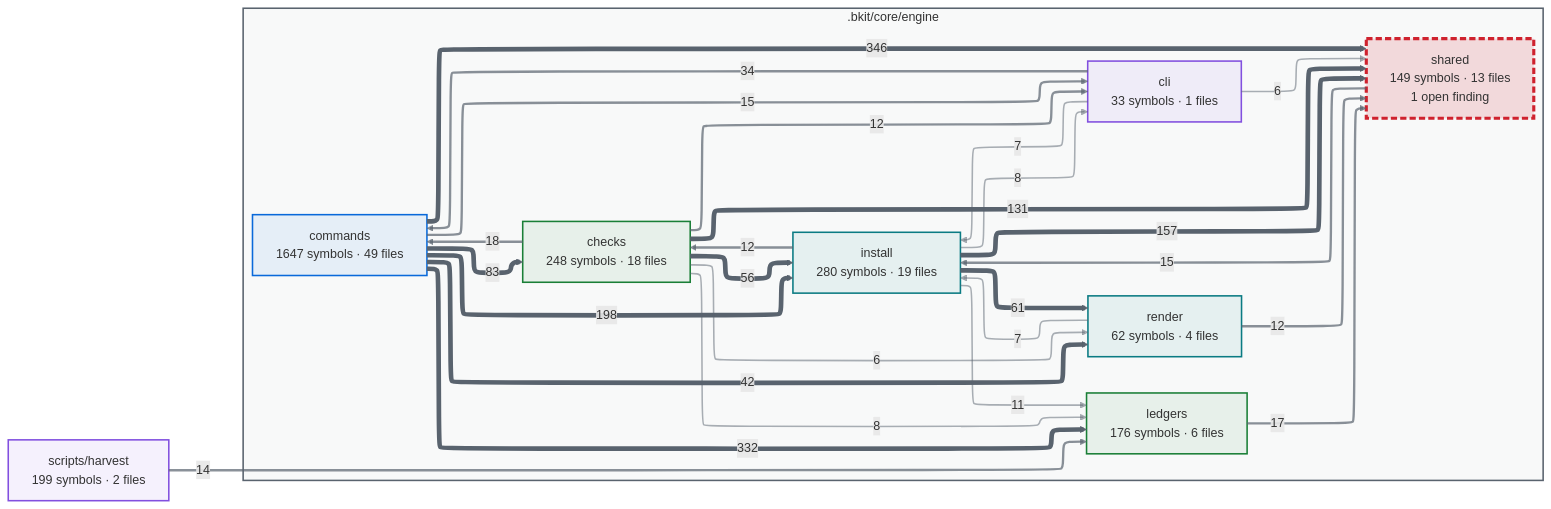
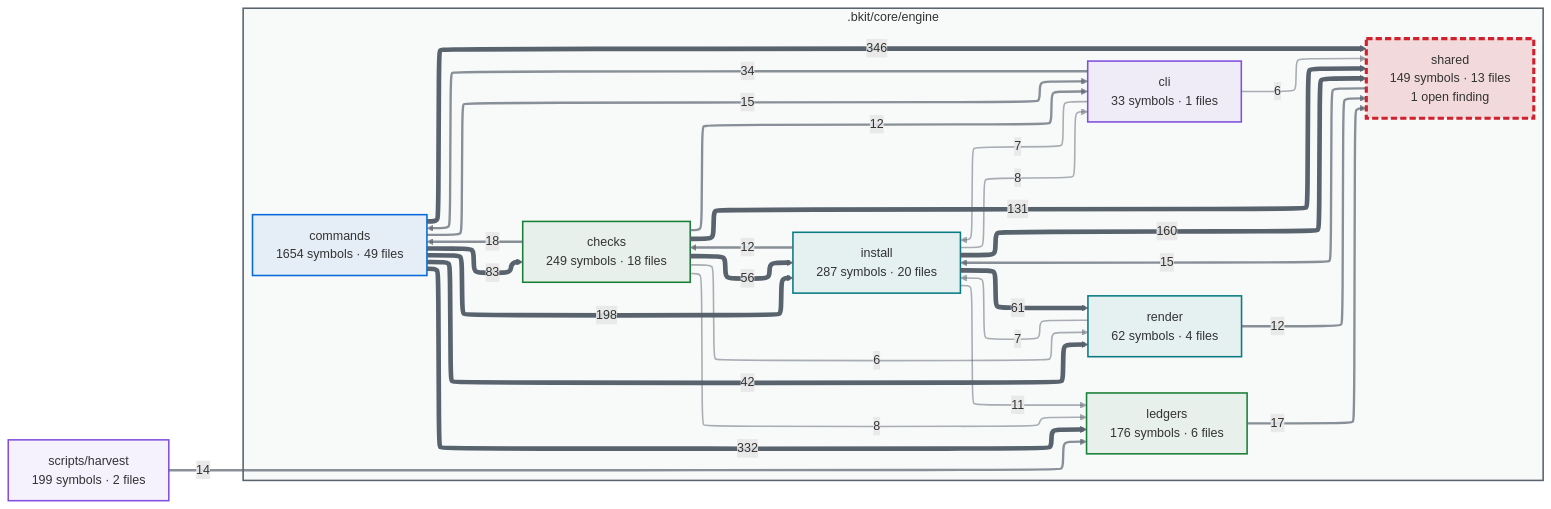
The first of 2 diagrams in docs/capabilities.md (cbartens/bkit), drawn with Mermaid before and after one commit. The commit also changed other lines of this file and 27 other files, not shown here.

````diff
--- a/docs/capabilities.md
+++ b/docs/capabilities.md
@@ -153,80 +153,80 @@
 ```mermaid
 ---
 config:
   layout: elk
   themeCSS: "marker { overflow: visible; } marker path { transform: scale(1.8); transform-origin: 5px 5px; }"
   flowchart:
     useMaxWidth: false
 ---
 flowchart LR
-  %% Generated by bkit-graphify-rollup.py from 6af3da0add44a098ea842cdeaa98d4623f9f7c8e — do not edit
+  %% Generated by bkit-graphify-rollup.py from 7f470be5e9d75c603fa957d03e997b9e8e2fed9a — do not edit
   subgraph gn_bkit_core_engine[".bkit/core/engine"]
-    n_bkit_core_engine_checks["checks<br/>248 symbols · 18 files"]
+    n_bkit_core_engine_checks["checks<br/>249 symbols · 18 files"]
     n_bkit_core_engine_cli["cli<br/>33 symbols · 1 files"]
-    n_bkit_core_engine_commands["commands<br/>1647 symbols · 49 files"]
-    n_bkit_core_engine_install["install<br/>280 symbols · 19 files"]
+    n_bkit_core_engine_commands["commands<br/>1654 symbols · 49 files"]
+    n_bkit_core_engine_install["install<br/>287 symbols · 20 files"]
     n_bkit_core_engine_ledgers["ledgers<br/>176 symbols · 6 files"]
     n_bkit_core_engine_render["render<br/>62 symbols · 4 files"]
     n_bkit_core_engine_shared["shared<br/>149 symbols · 13 files<br/>1 open finding"]
   end
   nscripts_harvest["scripts/harvest<br/>199 symbols · 2 files"]
   n_bkit_core_engine_commands -->|346| n_bkit_core_engine_shared
   n_bkit_core_engine_commands -->|332| n_bkit_core_engine_ledgers
   n_bkit_core_engine_commands -->|198| n_bkit_core_engine_install
-  n_bkit_core_engine_install -->|157| n_bkit_core_engine_shared
+  n_bkit_core_engine_install -->|160| n_bkit_core_engine_shared
   n_bkit_core_engine_checks -->|131| n_bkit_core_engine_shared
   n_bkit_core_engine_commands -->|83| n_bkit_core_engine_checks
   n_bkit_core_engine_install -->|61| n_bkit_core_engine_render
   n_bkit_core_engine_checks -->|56| n_bkit_core_engine_install
   n_bkit_core_engine_commands -->|42| n_bkit_core_engine_render
   n_bkit_core_engine_cli -->|34| n_bkit_core_engine_commands
   n_bkit_core_engine_checks -->|18| n_bkit_core_engine_commands
   n_bkit_core_engine_ledgers -->|17| n_bkit_core_engine_shared
   n_bkit_core_engine_shared -->|15| n_bkit_core_engine_install
   n_bkit_core_engine_commands -->|15| n_bkit_core_engine_cli
   nscripts_harvest -->|14| n_bkit_core_engine_ledgers
   n_bkit_core_engine_install -->|12| n_bkit_core_engine_checks
   n_bkit_core_engine_checks -->|12| n_bkit_core_engine_cli
   n_bkit_core_engine_render -->|12| n_bkit_core_engine_shared
   n_bkit_core_engine_install -->|11| n_bkit_core_engine_ledgers
   n_bkit_core_engine_checks -->|8| n_bkit_core_engine_ledgers
   n_bkit_core_engine_install -->|8| n_bkit_core_engine_cli
   n_bkit_core_engine_cli -->|7| n_bkit_core_engine_install
   n_bkit_core_engine_render -->|7| n_bkit_core_engine_install
   n_bkit_core_engine_checks -->|6| n_bkit_core_engine_render
   n_bkit_core_engine_cli -->|6| n_bkit_core_engine_shared
   style gn_bkit_core_engine fill:#59636e0a,stroke:#59636e,stroke-width:2px
   style n_bkit_core_engine_checks stroke:#1a7f37,stroke-width:2px,fill:#1a7f3714
   style n_bkit_core_engine_cli stroke:#8250df,stroke-width:2px,fill:#8250df14
   style n_bkit_core_engine_commands stroke:#0969da,stroke-width:2px,fill:#0969da14
   style n_bkit_core_engine_install stroke:#0a7b83,stroke-width:2px,fill:#0a7b8314
   style n_bkit_core_engine_ledgers stroke:#1a7f37,stroke-width:2px,fill:#1a7f3714
   style n_bkit_core_engine_render stroke:#0a7b83,stroke-width:2px,fill:#0a7b8314
   style n_bkit_core_engine_shared stroke:#cf222e,stroke-width:4px,stroke-dasharray:8 4,fill:#cf222e26
   style nscripts_harvest stroke:#8250df,stroke-width:2px,fill:#8250df14
   linkStyle 0 stroke:#59636e,stroke-width:6px
   linkStyle 1 stroke:#59636e,stroke-width:6px
   linkStyle 2 stroke:#59636e,stroke-width:6px
   linkStyle 3 stroke:#59636e,stroke-width:6px
   linkStyle 4 stroke:#59636e,stroke-width:6px
   linkStyle 5 stroke:#59636e,stroke-width:6px
   linkStyle 6 stroke:#59636e,stroke-width:6px
   linkStyle 7 stroke:#59636e,stroke-width:6px
   linkStyle 8 stroke:#59636e,stroke-width:6px
   linkStyle 9 stroke:#59636eb3,stroke-width:3px
   linkStyle 10 stroke:#59636eb3,stroke-width:3px
   linkStyle 11 stroke:#59636eb3,stroke-width:3px
   linkStyle 12 stroke:#59636eb3,stroke-width:3px
   linkStyle 13 stroke:#59636eb3,stroke-width:3px
   linkStyle 14 stroke:#59636eb3,stroke-width:3px
   linkStyle 15 stroke:#59636eb3,stroke-width:3px
   linkStyle 16 stroke:#59636eb3,stroke-width:3px
   linkStyle 17 stroke:#59636eb3,stroke-width:3px
   linkStyle 18 stroke:#59636e80,stroke-width:2px
   linkStyle 19 stroke:#59636e80,stroke-width:2px
   linkStyle 20 stroke:#59636e80,stroke-width:2px
   linkStyle 21 stroke:#59636e80,stroke-width:2px
   linkStyle 22 stroke:#59636e80,stroke-width:2px
   linkStyle 23 stroke:#59636e80,stroke-width:2px
   linkStyle 24 stroke:#59636e80,stroke-width:2px
 ```
````
